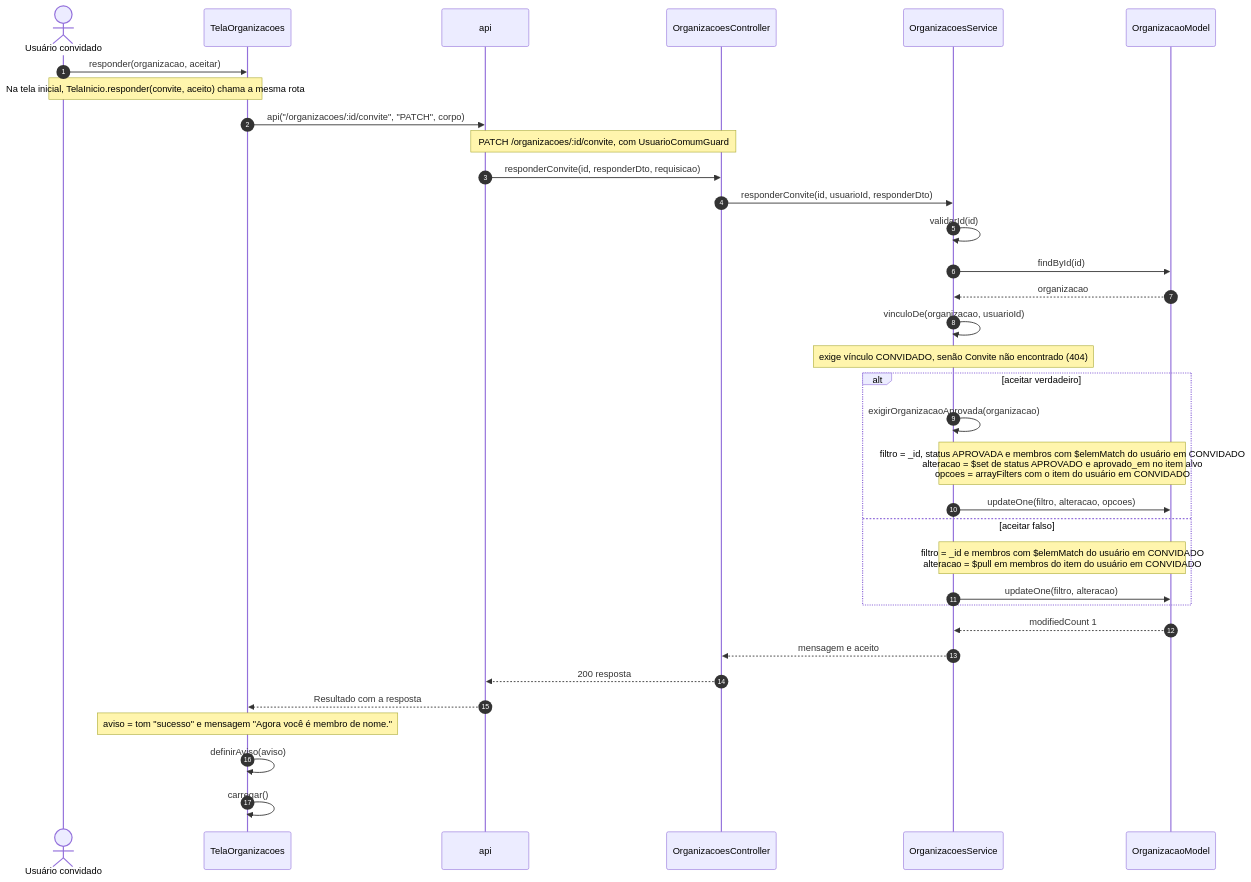
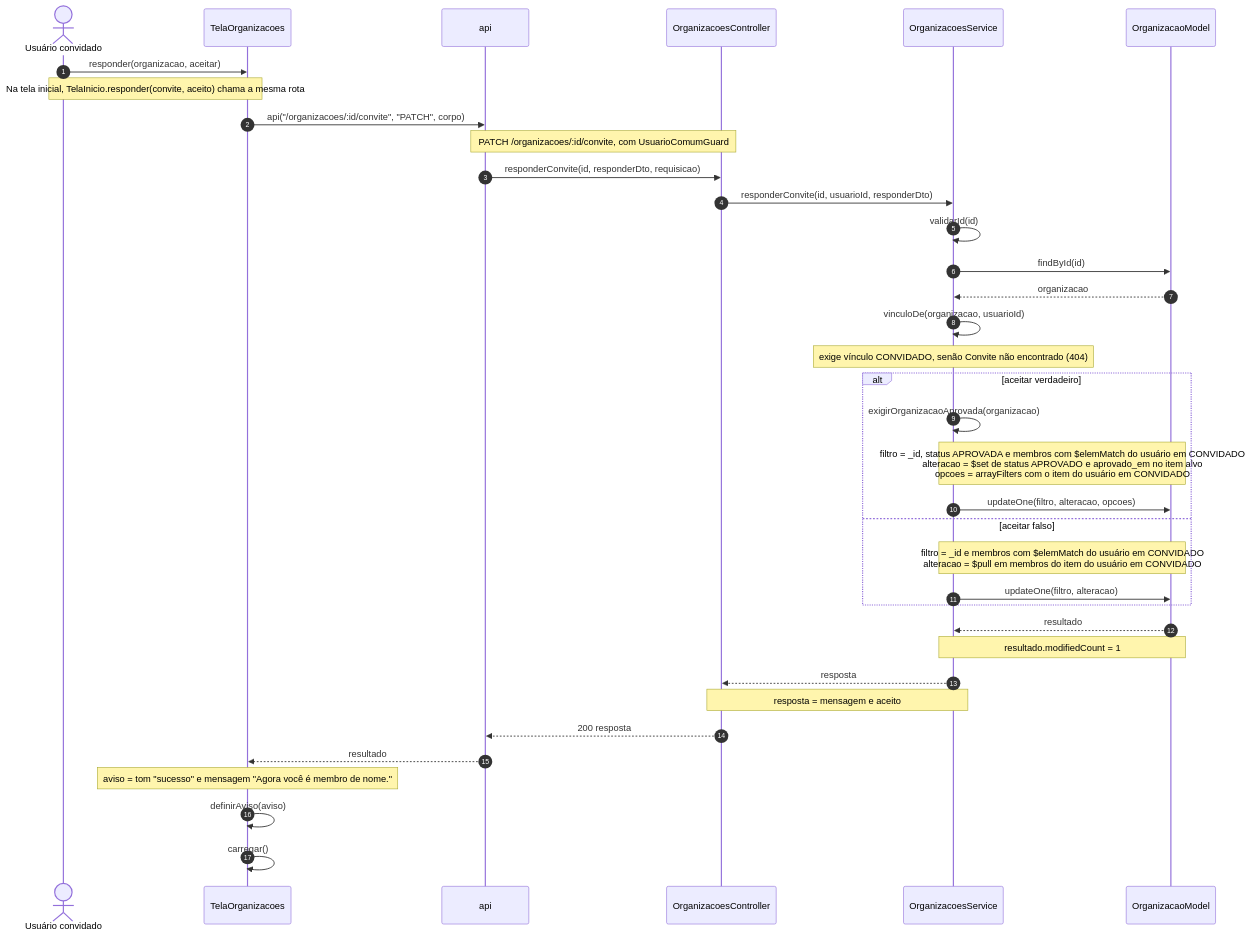
Before and after one commit to Conecta-IFSP/DOCUMENTATION: diagram 12 of 15 in 2 - Incremento 1/cadastro-organizacao/6 - diagramas-sequencia-cadastro-organizacao.md, drawn with Mermaid. The commit also changed other lines of this file and 97 other files, not shown here.

````diff
--- a/2 - Incremento 1/cadastro-organizacao/6 - diagramas-sequencia-cadastro-organizacao.md
+++ b/2 - Incremento 1/cadastro-organizacao/6 - diagramas-sequencia-cadastro-organizacao.md
@@ -458,36 +497,38 @@
 ```mermaid
 sequenceDiagram
     autonumber
     actor U as Usuário convidado
     participant T as TelaOrganizacoes
     participant A as api
     participant C as OrganizacoesController
     participant S as OrganizacoesService
     participant M as OrganizacaoModel
     U->>T: responder(organizacao, aceitar)
     Note over U,T: Na tela inicial, TelaInicio.responder(convite, aceito) chama a mesma rota
     T->>A: api("/organizacoes/:id/convite", "PATCH", corpo)
     Note over A,C: PATCH /organizacoes/:id/convite, com UsuarioComumGuard
     A->>C: responderConvite(id, responderDto, requisicao)
     C->>S: responderConvite(id, usuarioId, responderDto)
     S->>S: validarId(id)
     S->>M: findById(id)
     M-->>S: organizacao
     S->>S: vinculoDe(organizacao, usuarioId)
     Note over S: exige vínculo CONVIDADO, senão Convite não encontrado (404)
     alt aceitar verdadeiro
         S->>S: exigirOrganizacaoAprovada(organizacao)
         Note over S,M: filtro = _id, status APROVADA e membros com $elemMatch do usuário em CONVIDADO<br/>alteracao = $set de status APROVADO e aprovado_em no item alvo<br/>opcoes = arrayFilters com o item do usuário em CONVIDADO
         S->>M: updateOne(filtro, alteracao, opcoes)
     else aceitar falso
         Note over S,M: filtro = _id e membros com $elemMatch do usuário em CONVIDADO<br/>alteracao = $pull em membros do item do usuário em CONVIDADO
         S->>M: updateOne(filtro, alteracao)
     end
-    M-->>S: modifiedCount 1
-    S-->>C: mensagem e aceito
+    M-->>S: resultado
+    Note over S,M: resultado.modifiedCount = 1
+    S-->>C: resposta
+    Note over C,S: resposta = mensagem e aceito
     C-->>A: 200 resposta
-    A-->>T: Resultado com a resposta
+    A-->>T: resultado
     Note over T: aviso = tom "sucesso" e mensagem "Agora você é membro de nome."
     T->>T: definirAviso(aviso)
     T->>T: carregar()
 ```
````
